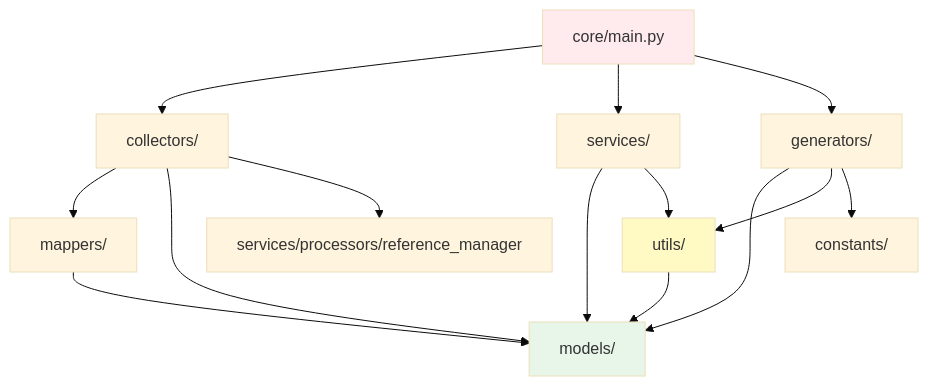
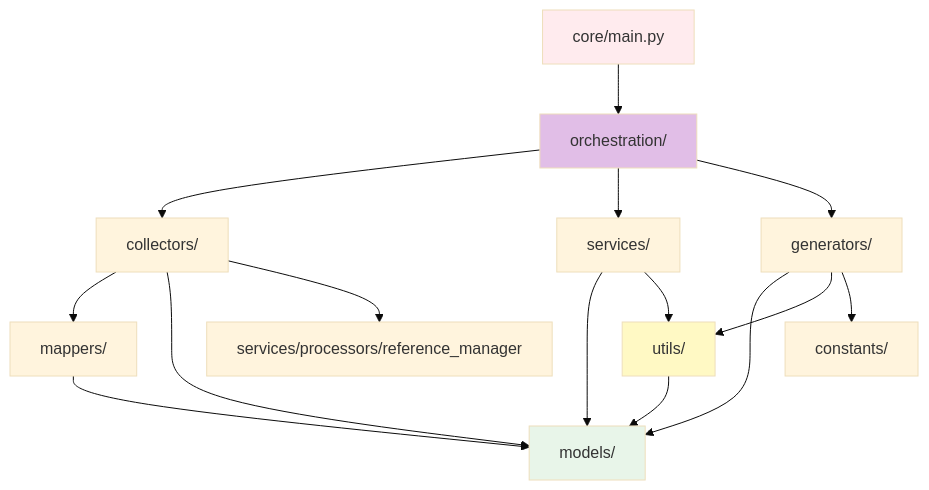
One commit to machichiotte/AstroWikiBuilder changed the third of 3 diagrams in docs/ARCHITECTURE.md. Above: the diagram before and after it, drawn with Mermaid (base theme). The commit also changed other lines of this file, not shown here.

First line of the commit message:
docs: update ARCHITECTURE.md with recent changes

````diff
--- a/docs/ARCHITECTURE.md
+++ b/docs/ARCHITECTURE.md
@@ -496,25 +510,27 @@
 ```mermaid
 graph TD
-    Core[core/main.py] --> Collectors[collectors/]
-    Core --> Services[services/]
-    Core --> Generators[generators/]
+    Core[core/main.py] --> Orchestration[orchestration/]
+    Orchestration --> Collectors[collectors/]
+    Orchestration --> Services[services/]
+    Orchestration --> Generators[generators/]
     
     Collectors --> Mappers[mappers/]
     Collectors --> Models[models/]
     Collectors --> RefMgr[services/processors/reference_manager]
     
     Mappers --> Models
     
     Services --> Models
     Services --> Utils[utils/]
     
     Generators --> Models
     Generators --> Utils
     Generators --> Constants[constants/]
     
     Utils --> Models
     
     style Core fill:#ffebee
+    style Orchestration fill:#e1bee7
     style Models fill:#e8f5e9
     style Utils fill:#fff9c4
 ```
````
